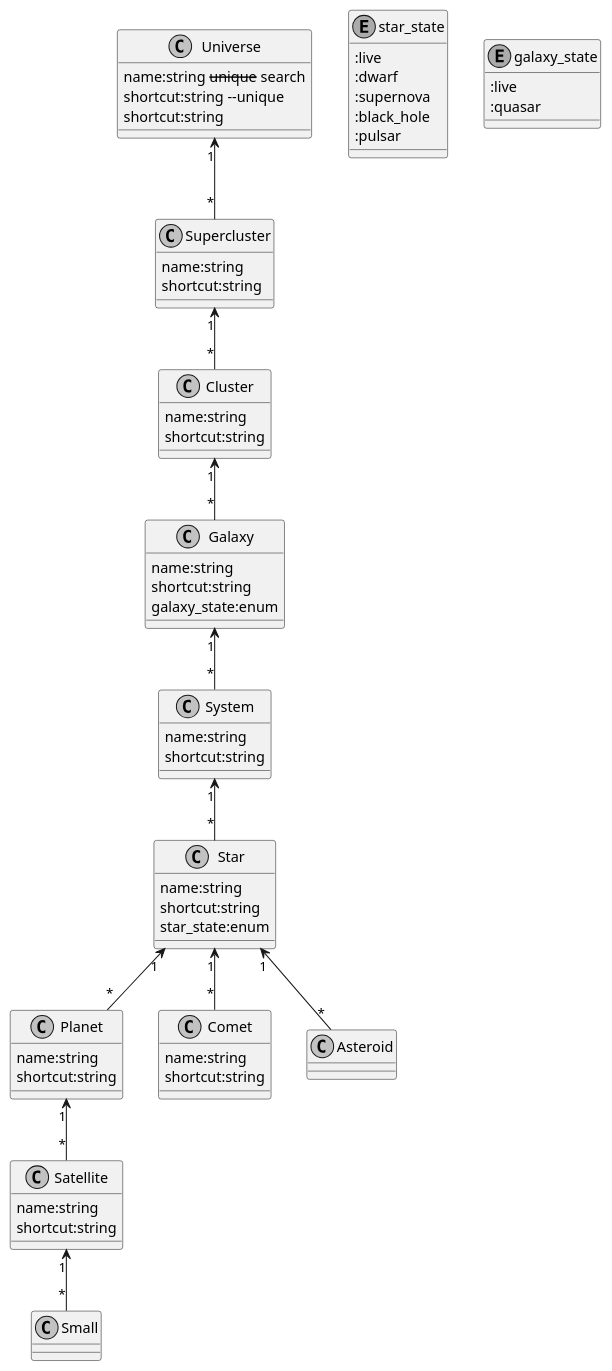
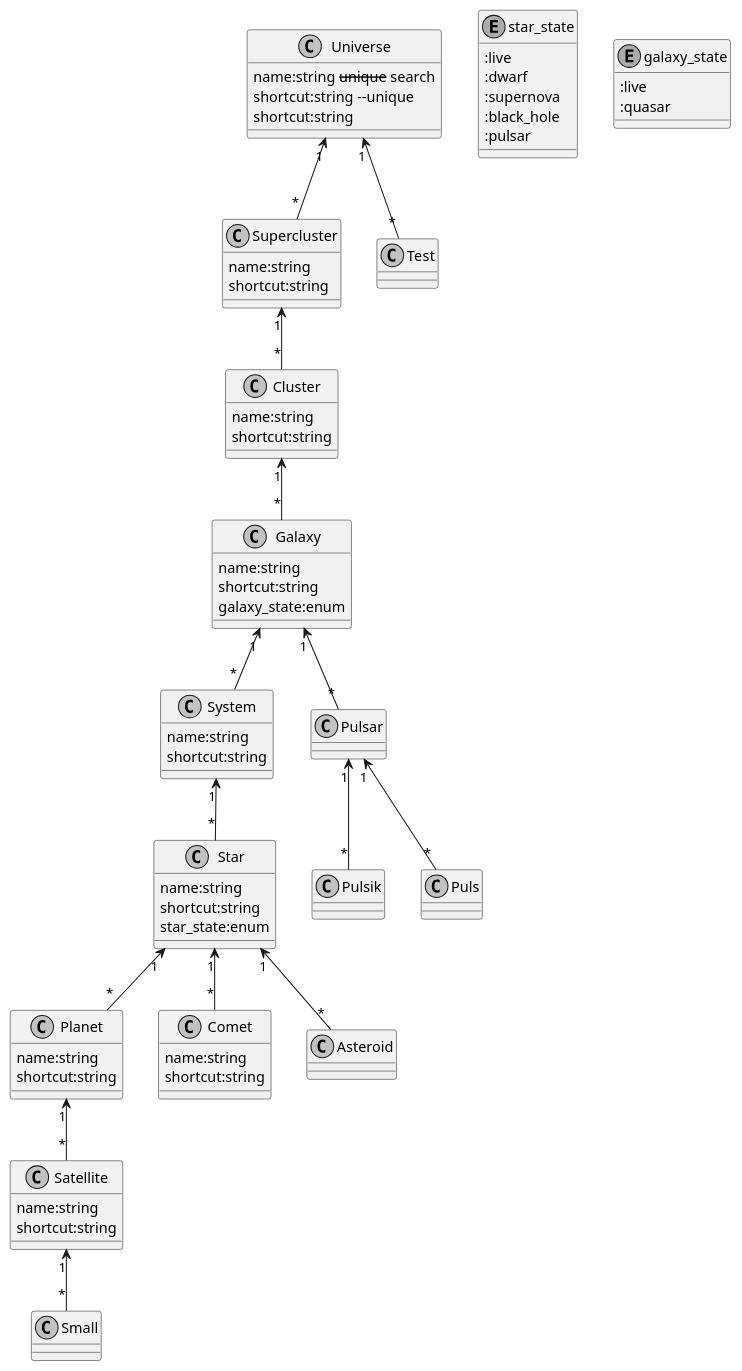
One commit to jrcech/rails_template changed the diagram in docs/test.md. Above: the diagram before and after it, drawn with PlantUML. The commit also changed 1 other file, not shown here.

Commit message:
Improve associations hash

````diff
--- a/docs/test.md
+++ b/docs/test.md
@@ -65,21 +65,26 @@
   :quasar
 }
 
-  Universe "1" <-- "*" Supercluster
+Satellite "1" <-- "*" Small
 
 Supercluster "1" <-- "*" Cluster
+Star "1" <-- "*" Comet
 
+  Universe "1" <-- "*" Supercluster
 Cluster "1" <-- "*" Galaxy
 
 Galaxy "1" <-- "*" System
+System "1" <-- "*" Star
+Galaxy "1" <-- "*" Pulsar
 
-System "1" <-- "*" Star
+Universe "1" <-- "*" Test
+
+Pulsar "1" <-- "*" Pulsik
+Pulsar "1" <-- "*" Puls
 
 Star "1" <-- "*" Planet
-Star "1" <-- "*" Comet
 Star "1" <-- "*" Asteroid
 
 Planet "1" <-- "*" Satellite
-Satellite "1" <-- "*" Small
 @enduml
 ```
````
